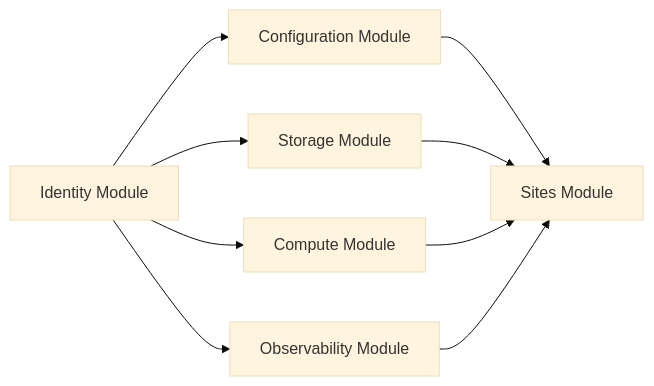
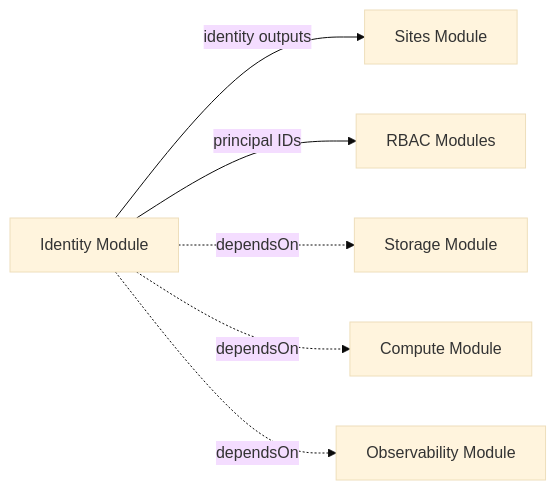
One commit to arolariu/arolariu.ro changed the second of 2 diagrams in infra/Azure/Bicep/identity/README.md. Above: the diagram before and after it, drawn with Mermaid (base theme). The commit also changed other lines of this file and 3 other files, not shown here.

````diff
--- a/infra/Azure/Bicep/identity/README.md
+++ b/infra/Azure/Bicep/identity/README.md
@@ -444,12 +402,8 @@
 ```mermaid
 graph LR
-    A[Identity Module] --> B[Configuration Module]
-    A --> C[Storage Module]
-    A --> D[Compute Module]
-    A --> E[Observability Module]
-
-    B --> F[Sites Module]
-    C --> F
-    D --> F
-    E --> F
+    A[Identity Module] -->|identity outputs| F[Sites Module]
+    A -->|principal IDs| R[RBAC Modules]
+    A -.->|dependsOn| C[Storage Module]
+    A -.->|dependsOn| D[Compute Module]
+    A -.->|dependsOn| E[Observability Module]
 ```
````
